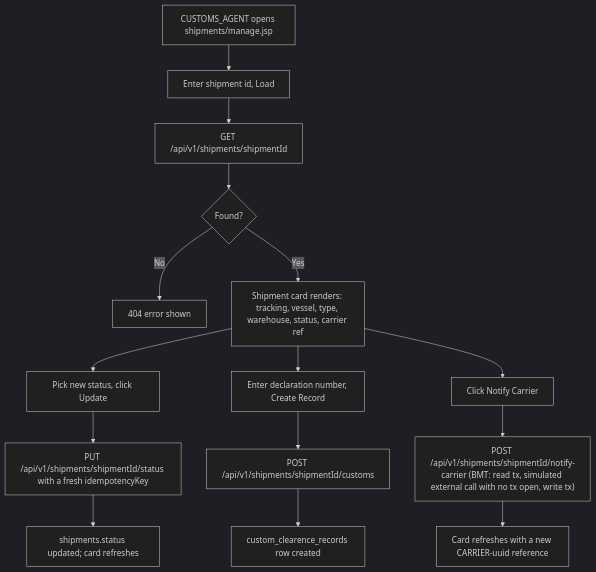
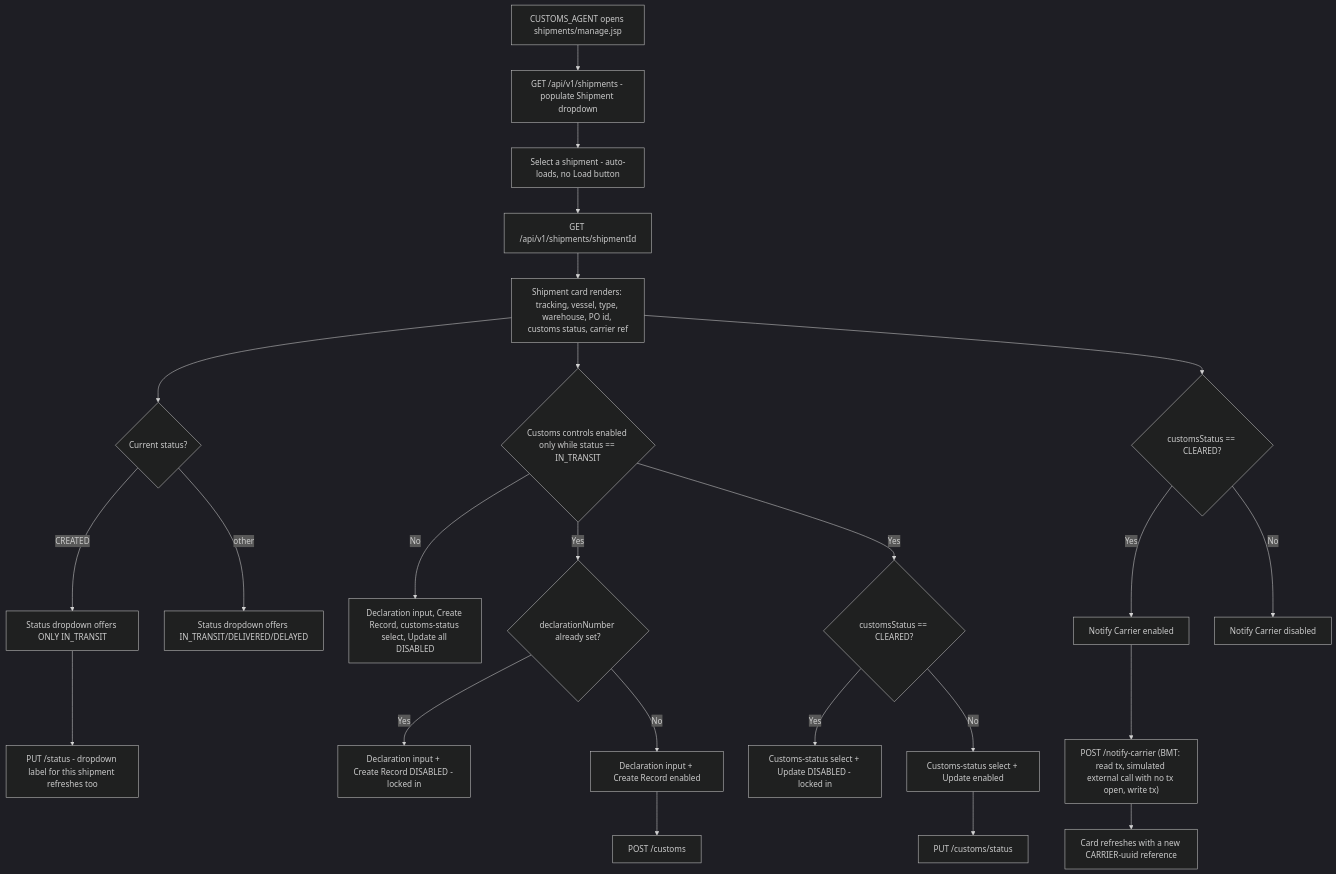
One commit to wishva-kalhara/GlobalTradeLogistics changed diagram 19 of 26 in .no-build/docs/E2E_FLOWS.md. Above: the diagram before and after it, drawn with Mermaid (dark theme). The commit also changed other lines of this file and 5 other files, not shown here.

````diff
--- a/.no-build/docs/E2E_FLOWS.md
+++ b/.no-build/docs/E2E_FLOWS.md
@@ -252,17 +301,26 @@
 ```mermaid
 flowchart TD
-    A[CUSTOMS_AGENT opens shipments/manage.jsp] --> B[Enter shipment id, Load]
-    B --> C[GET /api/v1/shipments/shipmentId]
-    C --> D{Found?}
-    D -- No --> E[404 error shown]
-    D -- Yes --> F[Shipment card renders: tracking, vessel, type, warehouse, status, carrier ref]
-    F --> G[Pick new status, click Update]
-    G --> H[PUT /api/v1/shipments/shipmentId/status with a fresh idempotencyKey]
-    H --> I[shipments.status updated; card refreshes]
-    F --> J[Enter declaration number, Create Record]
-    J --> K[POST /api/v1/shipments/shipmentId/customs]
-    K --> L[custom_clearence_records row created]
-    F --> M[Click Notify Carrier]
-    M --> N["POST /api/v1/shipments/shipmentId/notify-carrier (BMT: read tx, simulated external call with no tx open, write tx)"]
-    N --> O[Card refreshes with a new CARRIER-uuid reference]
+    A[CUSTOMS_AGENT opens shipments/manage.jsp] --> B[GET /api/v1/shipments - populate Shipment dropdown]
+    B --> C[Select a shipment - auto-loads, no Load button]
+    C --> D[GET /api/v1/shipments/shipmentId]
+    D --> E[Shipment card renders: tracking, vessel, type, warehouse, PO id, customs status, carrier ref]
+    E --> F{Current status?}
+    F -- CREATED --> G["Status dropdown offers ONLY IN_TRANSIT"]
+    F -- other --> H["Status dropdown offers IN_TRANSIT/DELIVERED/DELAYED"]
+    E --> I{"Customs controls enabled only while status == IN_TRANSIT"}
+    I -- No --> J[Declaration input, Create Record, customs-status select, Update all DISABLED]
+    I -- Yes --> K{"declarationNumber already set?"}
+    K -- Yes --> L[Declaration input + Create Record DISABLED - locked in]
+    K -- No --> M[Declaration input + Create Record enabled]
+    I -- Yes --> N{"customsStatus == CLEARED?"}
+    N -- Yes --> O[Customs-status select + Update DISABLED - locked in]
+    N -- No --> P[Customs-status select + Update enabled]
+    E --> Q{"customsStatus == CLEARED?"}
+    Q -- Yes --> R[Notify Carrier enabled]
+    Q -- No --> S[Notify Carrier disabled]
+    G --> T[PUT /status - dropdown label for this shipment refreshes too]
+    M --> U[POST /customs]
+    P --> V[PUT /customs/status]
+    R --> W["POST /notify-carrier (BMT: read tx, simulated external call with no tx open, write tx)"]
+    W --> X[Card refreshes with a new CARRIER-uuid reference]
 ```
````
